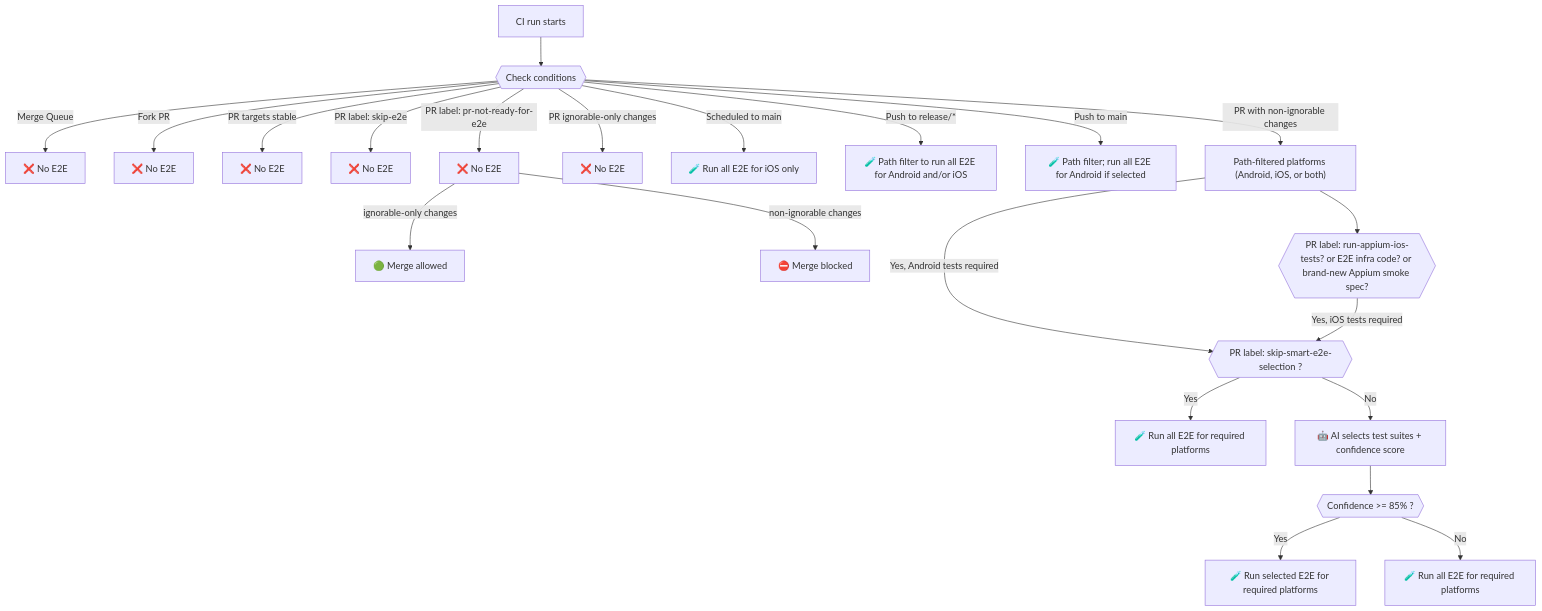
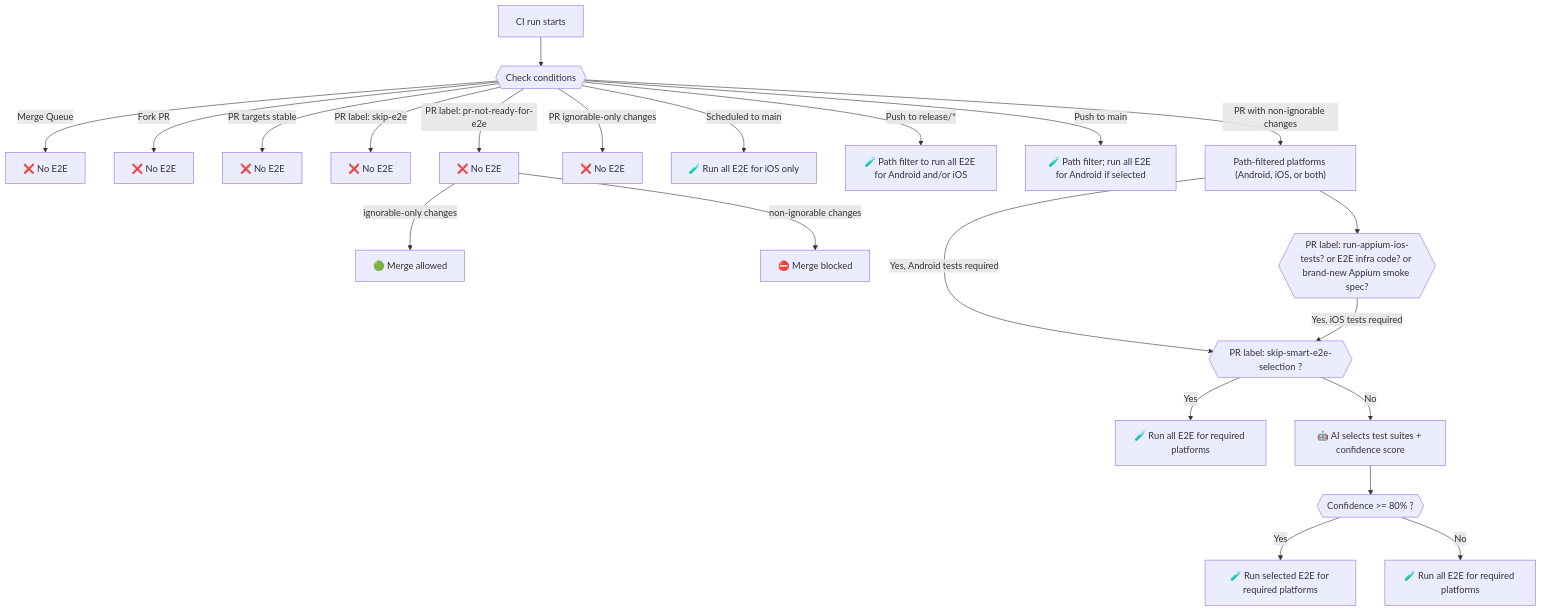
One commit to MetaMask/metamask-mobile changed the diagram in .github/guidelines/E2E_DECISION_TREE.md. Above: the diagram before and after it, drawn with Mermaid. The commit also changed 1 other file, not shown here.

Commit message:
ci: accept smart e2e selection at 80% confidence
Scores from 80 through 84 were falling back to the full suite. Trust the selected tags once confidence reaches 80.

````diff
--- a/.github/guidelines/E2E_DECISION_TREE.md
+++ b/.github/guidelines/E2E_DECISION_TREE.md
@@ -7,27 +7,27 @@
 ```mermaid
 flowchart TD
     CI[CI run starts] --> GR{{Check conditions}}
     GR -->|Merge Queue| MQ[❌ No E2E]
     GR -->|Fork PR| FK[❌ No E2E]
     GR -->|PR targets stable| ST[❌ No E2E]
     GR -->|PR label: skip-e2e| HS[❌ No E2E]
     GR -->|PR label: pr-not-ready-for-e2e| L2[❌ No E2E]
     L2 -->|ignorable-only changes| NoBlock[🟢 Merge allowed]
     L2 -->|non-ignorable changes| Skip2[⛔️ Merge blocked]
     GR -->|PR ignorable-only changes| Ignorable[ ❌ No E2E]
     GR -->|Scheduled to main| Scheduled[🧪 Run all E2E for iOS only]
     GR -->|Push to release/*| FullRelease[🧪 Path filter to run all E2E for Android and/or iOS]
     GR -->|Push to main| AndroidMain[🧪 Path filter; run all E2E for Android if selected]
 
     GR -->|PR with non-ignorable changes| PRToValidate["Path-filtered platforms (Android, iOS, or both)"]
     PRToValidate -->|Yes, Android tests required| Smart{{PR label: skip-smart-e2e-selection ?}}
     PRToValidate -->iOSRequired{{PR label: run-appium-ios-tests? or E2E infra code? or brand-new Appium smoke spec?}}
     iOSRequired -->|Yes, iOS tests required| Smart{{PR label: skip-smart-e2e-selection ?}}
 
     Smart -->|Yes| AllTags[🧪 Run all E2E for required platforms]
     Smart -->|No| AI[🤖 AI selects test suites + confidence score]
-    AI --> CONF{{Confidence >= 85% ?}}
+    AI --> CONF{{Confidence >= 80% ?}}
     CONF -->|Yes| SelectedTags[🧪 Run selected E2E for required platforms]
     CONF -->|No| AllTagsFallback[🧪 Run all E2E for required platforms]
 
 ```
````
